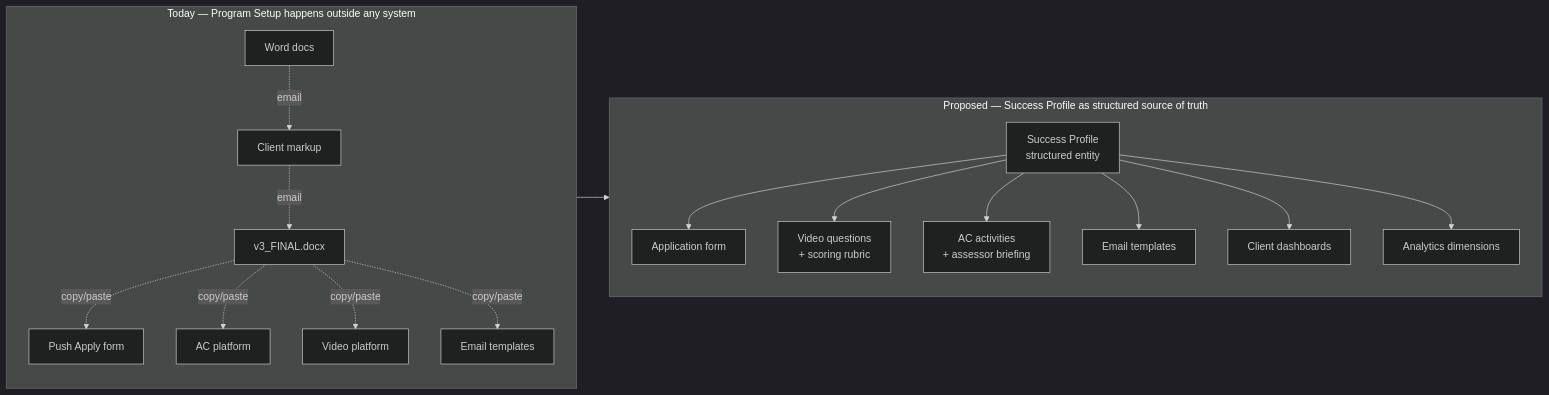
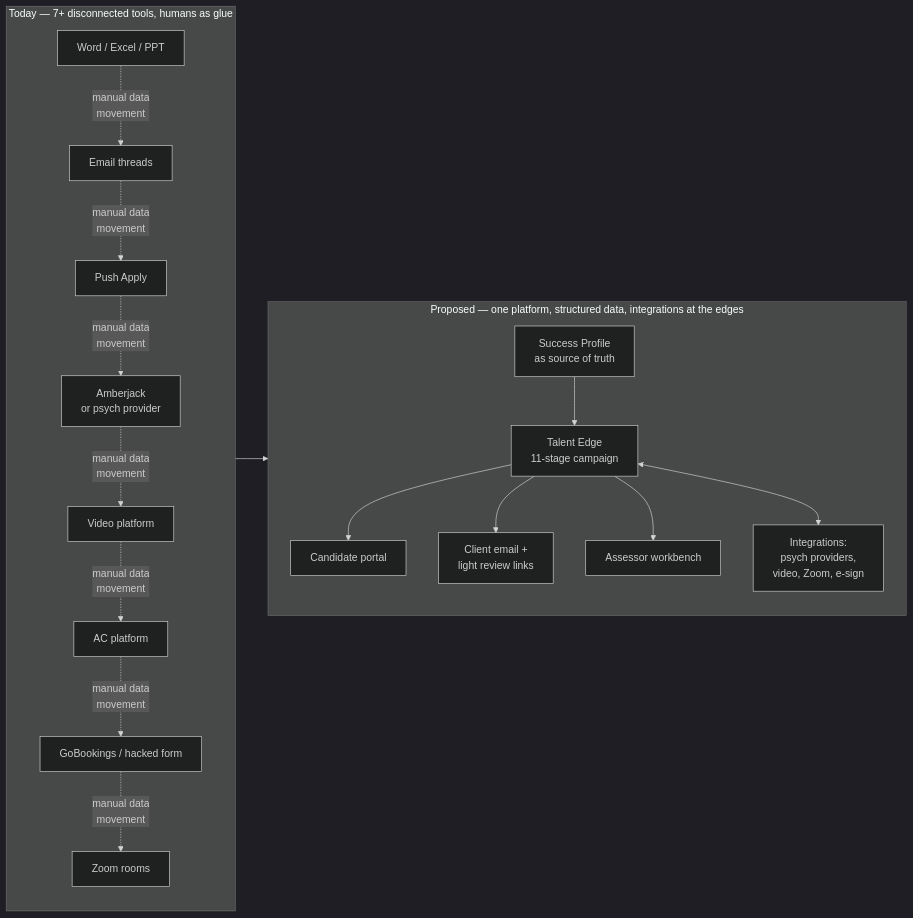
The second of 4 diagrams in docs/product-map/2026-04-18-fusion-aligned-product-map.md (tomklimovskigamma/talent-edge), drawn with Mermaid (dark theme) before and after one commit. The commit also changed other lines of this file, not shown here.

First line of the commit message:
docs: rewrite fusion product map with Paula's 11-stage notes

````diff
--- a/docs/product-map/2026-04-18-fusion-aligned-product-map.md
+++ b/docs/product-map/2026-04-18-fusion-aligned-product-map.md
@@ -35,23 +70,36 @@
 ```mermaid
 flowchart LR
-    subgraph TODAY["Today — Program Setup happens outside any system"]
+    subgraph TODAY["Today — 7+ disconnected tools, humans as glue"]
         direction TB
-        T1[Word docs] -.email.-> T2[Client markup]
-        T2 -.email.-> T3["v3_FINAL.docx"]
-        T3 -.copy/paste.-> T4[Push Apply form]
-        T3 -.copy/paste.-> T5[AC platform]
-        T3 -.copy/paste.-> T6[Video platform]
-        T3 -.copy/paste.-> T7[Email templates]
+        T0[Word / Excel / PPT]
+        T1[Email threads]
+        T2[Push Apply]
+        T3[Amberjack<br/>or psych provider]
+        T4[Video platform]
+        T5[AC platform]
+        T6[GoBookings / hacked form]
+        T7[Zoom rooms]
+        T0 -.manual data<br/>movement.-> T1
+        T1 -.manual data<br/>movement.-> T2
+        T2 -.manual data<br/>movement.-> T3
+        T3 -.manual data<br/>movement.-> T4
+        T4 -.manual data<br/>movement.-> T5
+        T5 -.manual data<br/>movement.-> T6
+        T6 -.manual data<br/>movement.-> T7
     end
-    subgraph FUTURE["Proposed — Success Profile as structured source of truth"]
+    subgraph FUTURE["Proposed — one platform, structured data, integrations at the edges"]
         direction TB
-        F1[Success Profile<br/>structured entity]
-        F1 --> F2[Application form]
-        F1 --> F3[Video questions<br/>+ scoring rubric]
-        F1 --> F4[AC activities<br/>+ assessor briefing]
-        F1 --> F5[Email templates]
-        F1 --> F6[Client dashboards]
-        F1 --> F7[Analytics dimensions]
+        F1[Success Profile<br/>as source of truth]
+        F2[Talent Edge<br/>11-stage campaign]
+        F3[Candidate portal]
+        F4[Client email +<br/>light review links]
+        F5[Assessor workbench]
+        F6[Integrations:<br/>psych providers,<br/>video, Zoom, e-sign]
+        F1 --> F2
+        F2 --> F3
+        F2 --> F4
+        F2 --> F5
+        F2 <--> F6
     end
     TODAY --> FUTURE
 ```
````
